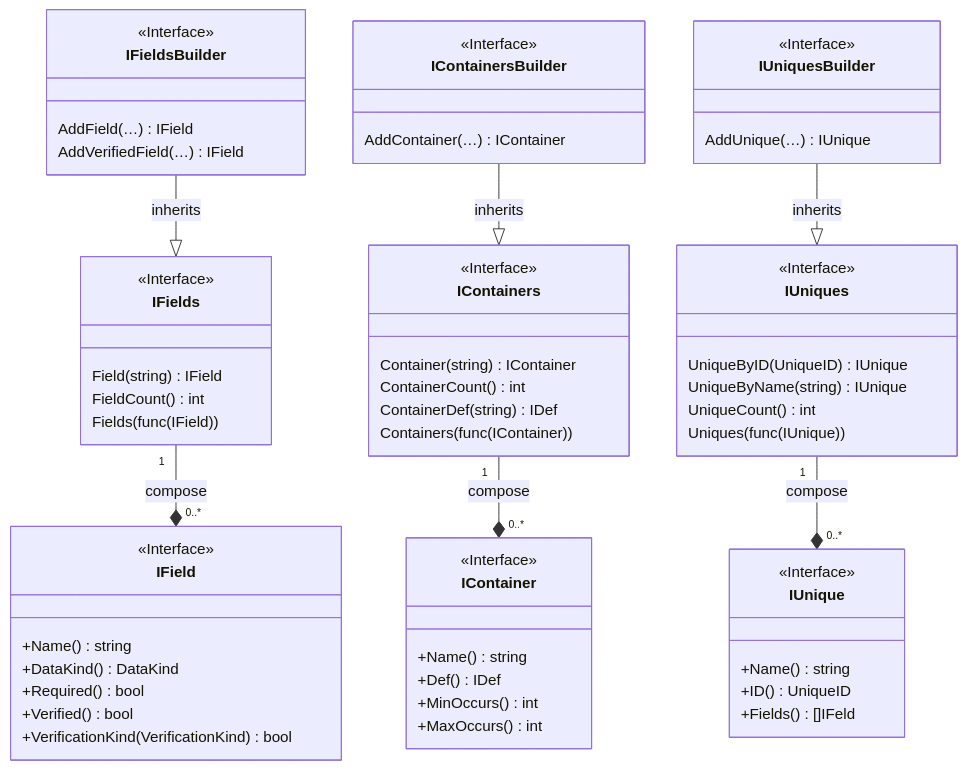
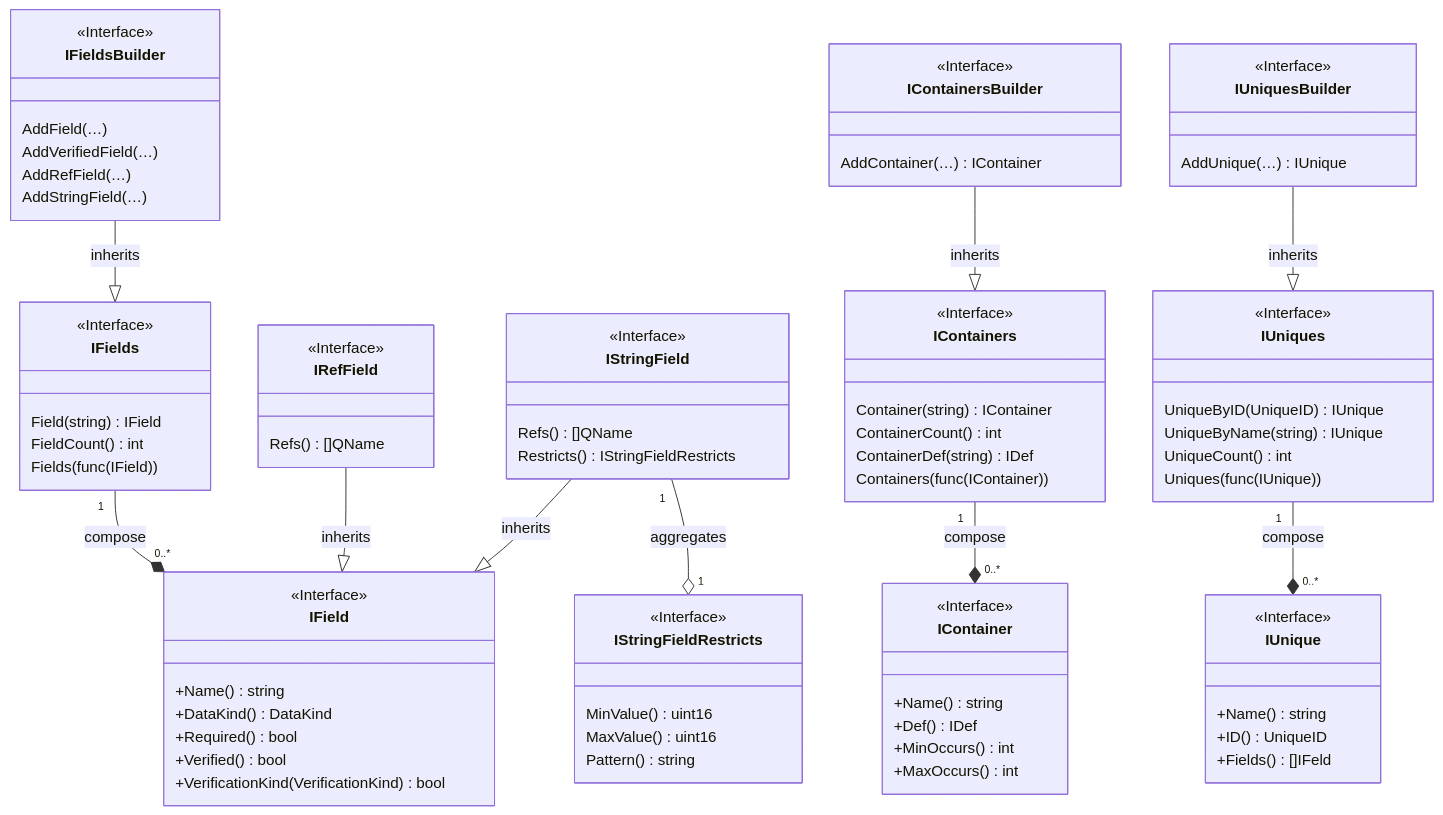
The second of 4 diagrams in pkg/appdef/README.md (voedger/voedger), drawn with Mermaid before and after one commit. The commit also changed other lines of this file and 3 other files, not shown here.

```diff
--- a/pkg/appdef/README.md
+++ b/pkg/appdef/README.md
@@ -54,8 +54,31 @@
   IFieldsBuilder --|> IFields : inherits
   class IFieldsBuilder {
     <<Interface>>
-    AddField(…) IField
-    AddVerifiedField(…) IField
+    AddField(…)
+    AddVerifiedField(…)
+    AddRefField(…)
+    AddStringField(…)
+  }
+
+  IRefField --|> IField : inherits
+  class IRefField {
+    <<Interface>>
+    Refs() []QName
+  }
+
+  IStringField --|> IField : inherits
+  class IStringField {
+    <<Interface>>
+    Refs() []QName
+    Restricts() IStringFieldRestricts
+  }
+
+  IStringField "1" --o "1" IStringFieldRestricts : aggregates
+  class IStringFieldRestricts {
+    <<Interface>>
+    MinValue() uint16
+    MaxValue() uint16
+    Pattern() string
   }
 
   class IContainer {
```
